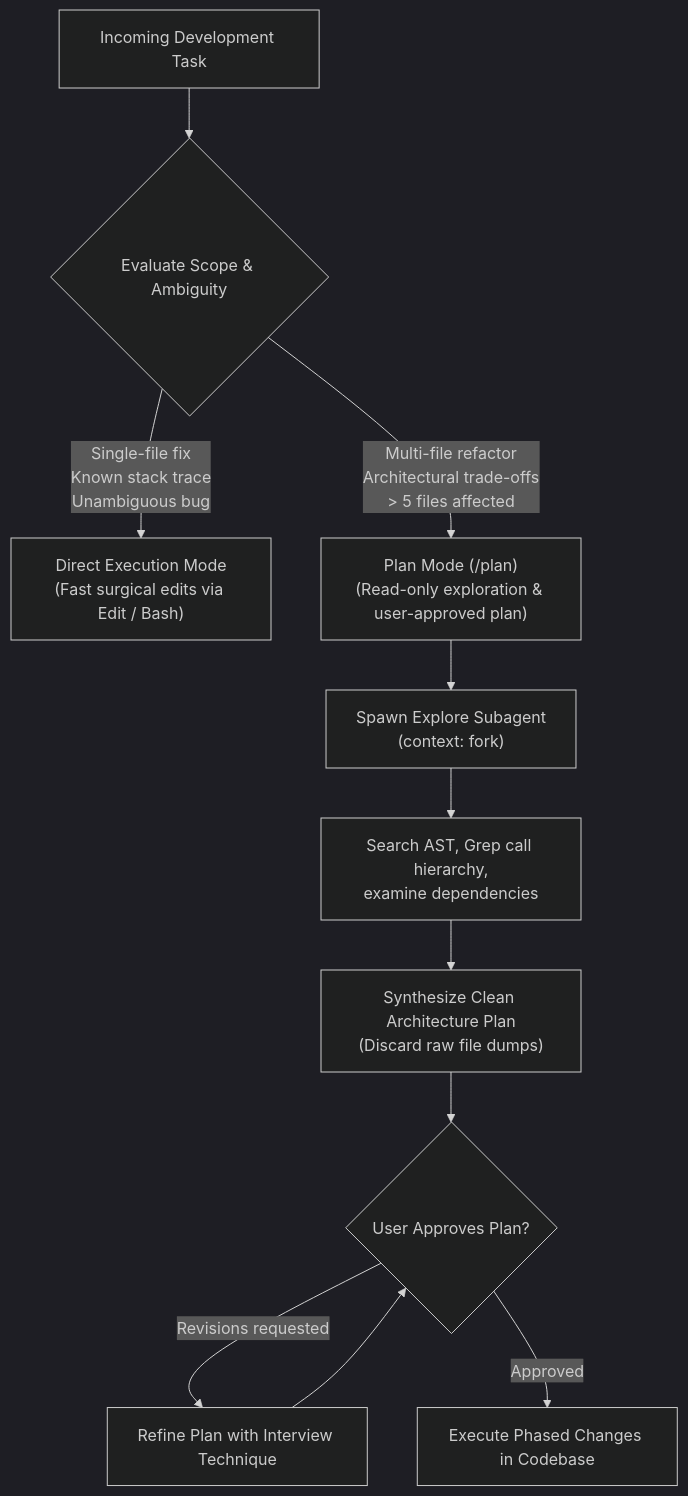
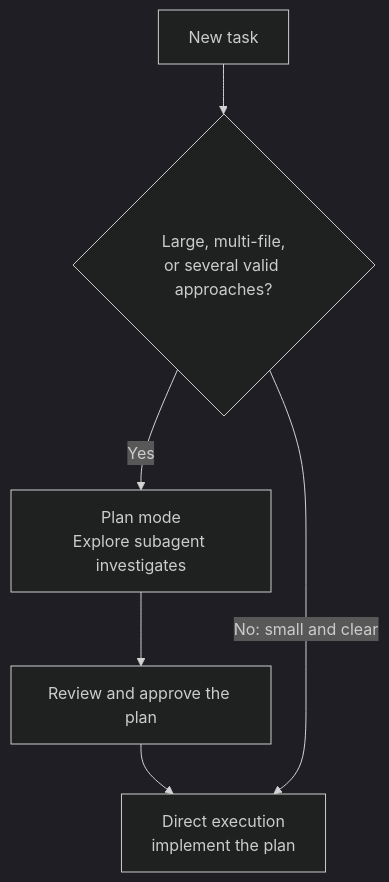
One commit to dip4k/claude_cert_architect_foundation_prep changed the diagram in domain3/ts_3_4_plan_mode_and_refinement/README.md. Above: the diagram before and after it, drawn with Mermaid (dark theme). The commit also changed other lines of this file and 133 other files, not shown here.

````diff
--- a/domain3/ts_3_4_plan_mode_and_refinement/README.md
+++ b/domain3/ts_3_4_plan_mode_and_refinement/README.md
@@ -70,17 +49,8 @@
 ```mermaid
 flowchart TD
-    TaskStart["Incoming Development Task"] --> ScopeCheck{"Evaluate Scope & Ambiguity"}
-    
-    ScopeCheck -->|"Single-file fix<br>Known stack trace<br>Unambiguous bug"| DirectExec["Direct Execution Mode<br>(Fast surgical edits via Edit / Bash)"]
-    
-    ScopeCheck -->|"Multi-file refactor<br>Architectural trade-offs<br>> 5 files affected"| PlanMode["Plan Mode (/plan)<br>(Read-only exploration & user-approved plan)"]
-    
-    PlanMode --> LaunchExplore["Spawn Explore Subagent<br>(context: fork)"]
-    LaunchExplore --> DeepSearch["Search AST, Grep call hierarchy,<br>examine dependencies"]
-    DeepSearch --> CompactPlan["Synthesize Clean Architecture Plan<br>(Discard raw file dumps)"]
-    
-    CompactPlan --> UserApproval{"User Approves Plan?"}
-    UserApproval -->|"Revisions requested"| RefinePlan["Refine Plan with Interview Technique"]
-    RefinePlan --> UserApproval
-    UserApproval -->|"Approved"| ExecutePhased["Execute Phased Changes in Codebase"]
+    Task["New task"] --> Size{"Large, multi-file,<br>or several valid approaches?"}
+    Size -->|"Yes"| Plan["Plan mode<br>Explore subagent investigates"]
+    Plan --> Approve["Review and approve the plan"]
+    Approve --> Direct["Direct execution<br>implement the plan"]
+    Size -->|"No: small and clear"| Direct
 ```
````
